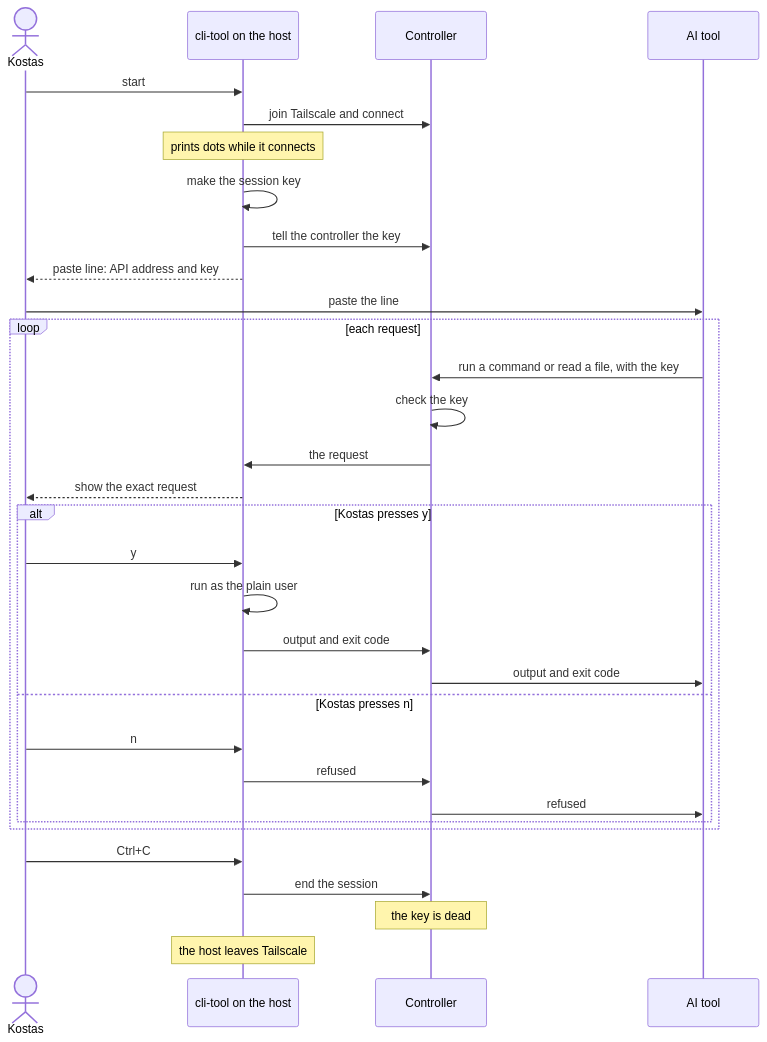
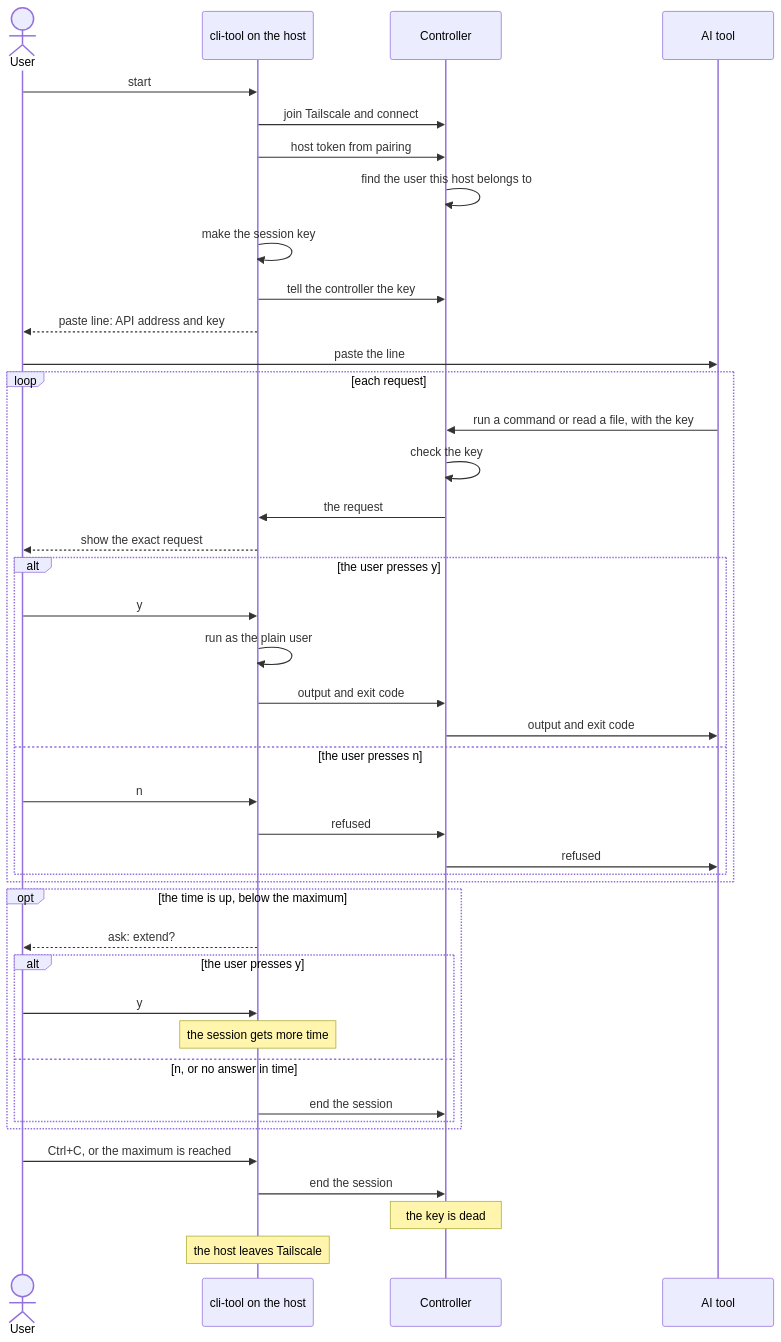
One commit to kdop/gangway changed the second of 8 diagrams in diagrams.draft.md. Above: the diagram before and after it, drawn with Mermaid. The commit also changed other lines of this file and 4 other files, not shown here.

````diff
--- a/diagrams.draft.md
+++ b/diagrams.draft.md
@@ -41,37 +41,48 @@
 ```mermaid
 sequenceDiagram
-  actor K as Kostas
+  actor K as User
   participant C as cli-tool on the host
   participant S as Controller
   participant A as AI tool
 
   K->>C: start
   C->>S: join Tailscale and connect
-  Note over C: prints dots while it connects
+  C->>S: host token from pairing
+  S->>S: find the user this host belongs to
   C->>C: make the session key
   C->>S: tell the controller the key
   C-->>K: paste line: API address and key
   K->>A: paste the line
 
   loop each request
     A->>S: run a command or read a file, with the key
     S->>S: check the key
     S->>C: the request
     C-->>K: show the exact request
-    alt Kostas presses y
+    alt the user presses y
       K->>C: y
       C->>C: run as the plain user
       C->>S: output and exit code
       S->>A: output and exit code
-    else Kostas presses n
+    else the user presses n
       K->>C: n
       C->>S: refused
       S->>A: refused
     end
   end
 
-  K->>C: Ctrl+C
+  opt the time is up, below the maximum
+    C-->>K: ask: extend?
+    alt the user presses y
+      K->>C: y
+      Note over C: the session gets more time
+    else n, or no answer in time
+      C->>S: end the session
+    end
+  end
+
+  K->>C: Ctrl+C, or the maximum is reached
   C->>S: end the session
   Note over S: the key is dead
   Note over C: the host leaves Tailscale
 ```
````
